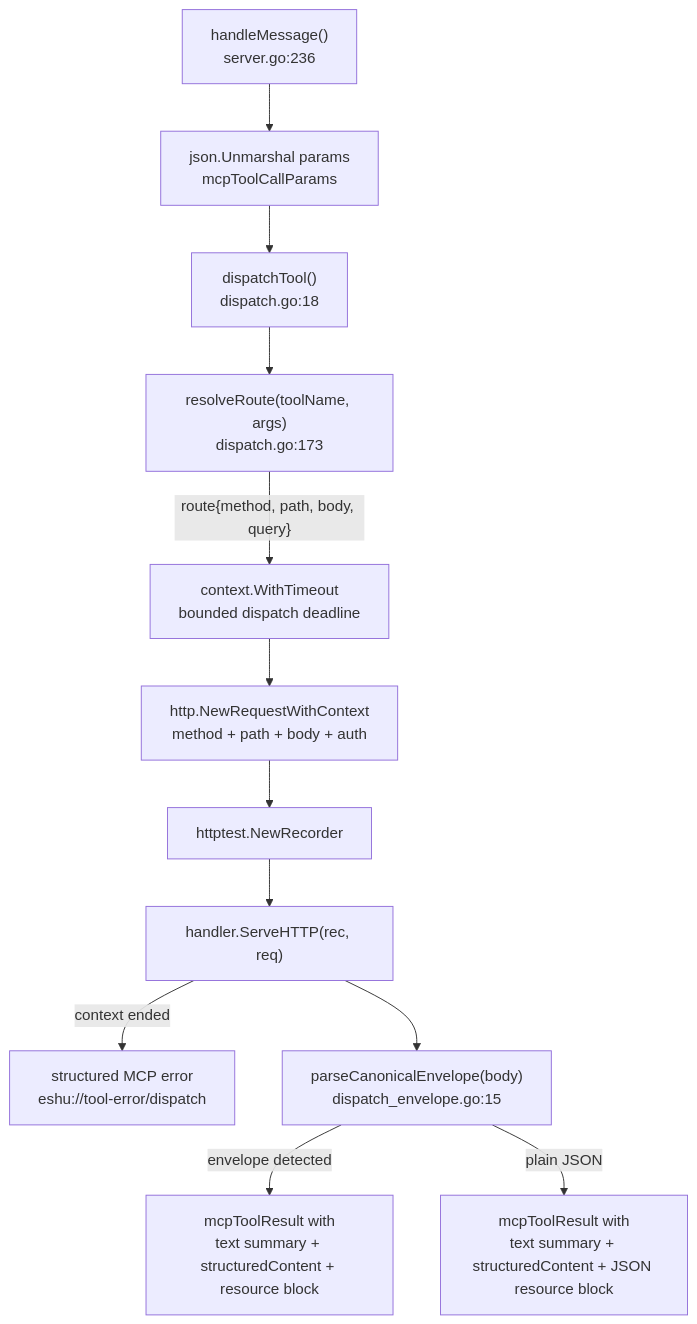
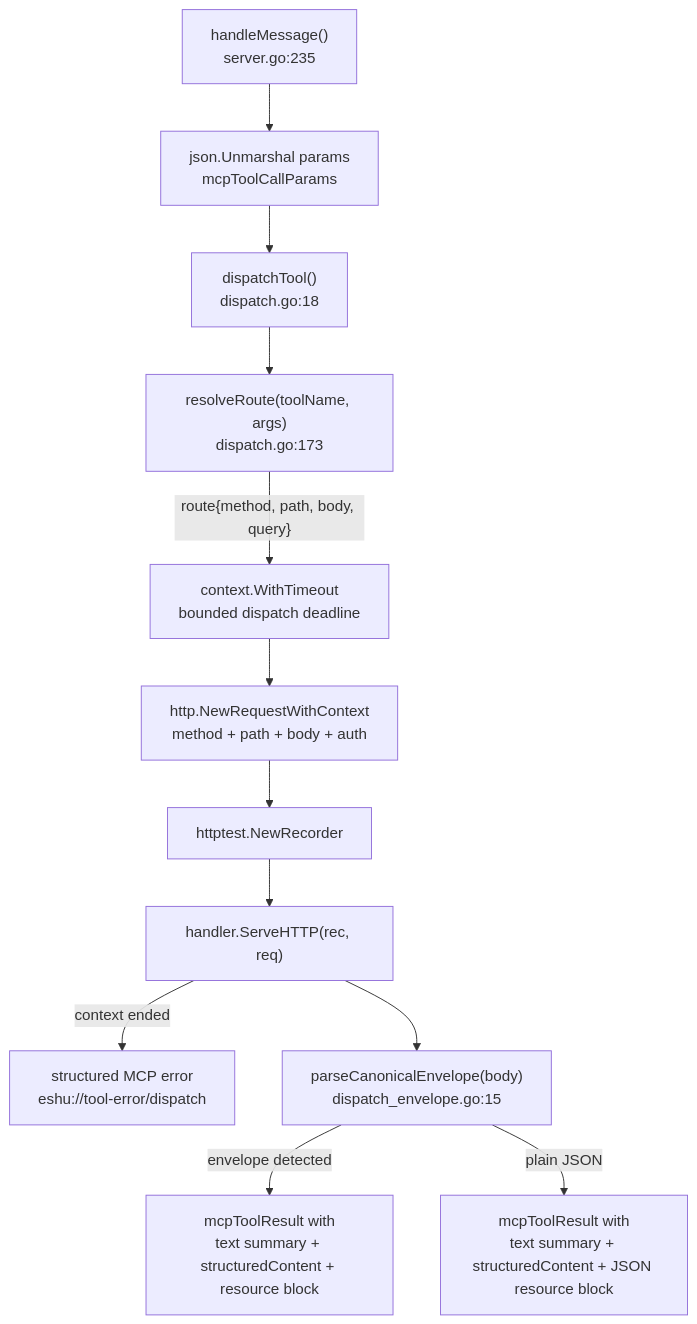
One commit to eshu-hq/eshu changed the second of 2 diagrams in go/internal/mcp/README.md. Above: the diagram before and after it, drawn with Mermaid. The commit also changed other lines of this file and 1 other file, not shown here.

````diff
--- a/go/internal/mcp/README.md
+++ b/go/internal/mcp/README.md
@@ -49,27 +49,27 @@
 ```mermaid
 flowchart TB
-    hm["handleMessage()\nserver.go:236"]
+    hm["handleMessage()\nserver.go:235"]
     parse["json.Unmarshal params\nmcpToolCallParams"]
     dt["dispatchTool()\ndispatch.go:18"]
     rr["resolveRoute(toolName, args)\ndispatch.go:173"]
     deadline["context.WithTimeout\nbounded dispatch deadline"]
     req["http.NewRequestWithContext\nmethod + path + body + auth"]
     rec["httptest.NewRecorder"]
     serve["handler.ServeHTTP(rec, req)"]
     timeout["structured MCP error\neshu://tool-error/dispatch"]
     pce["parseCanonicalEnvelope(body)\ndispatch_envelope.go:15"]
     envelope["mcpToolResult with\ntext summary + structuredContent + resource block"]
     plain["mcpToolResult with\ntext summary + structuredContent + JSON resource block"]
 
     hm --> parse
     parse --> dt
     dt --> rr
     rr -->|"route{method, path, body, query}"| deadline
     deadline --> req
     req --> rec
     rec --> serve
     serve -->|"context ended"| timeout
     serve --> pce
     pce -->|"envelope detected"| envelope
     pce -->|"plain JSON"| plain
 ```
````
